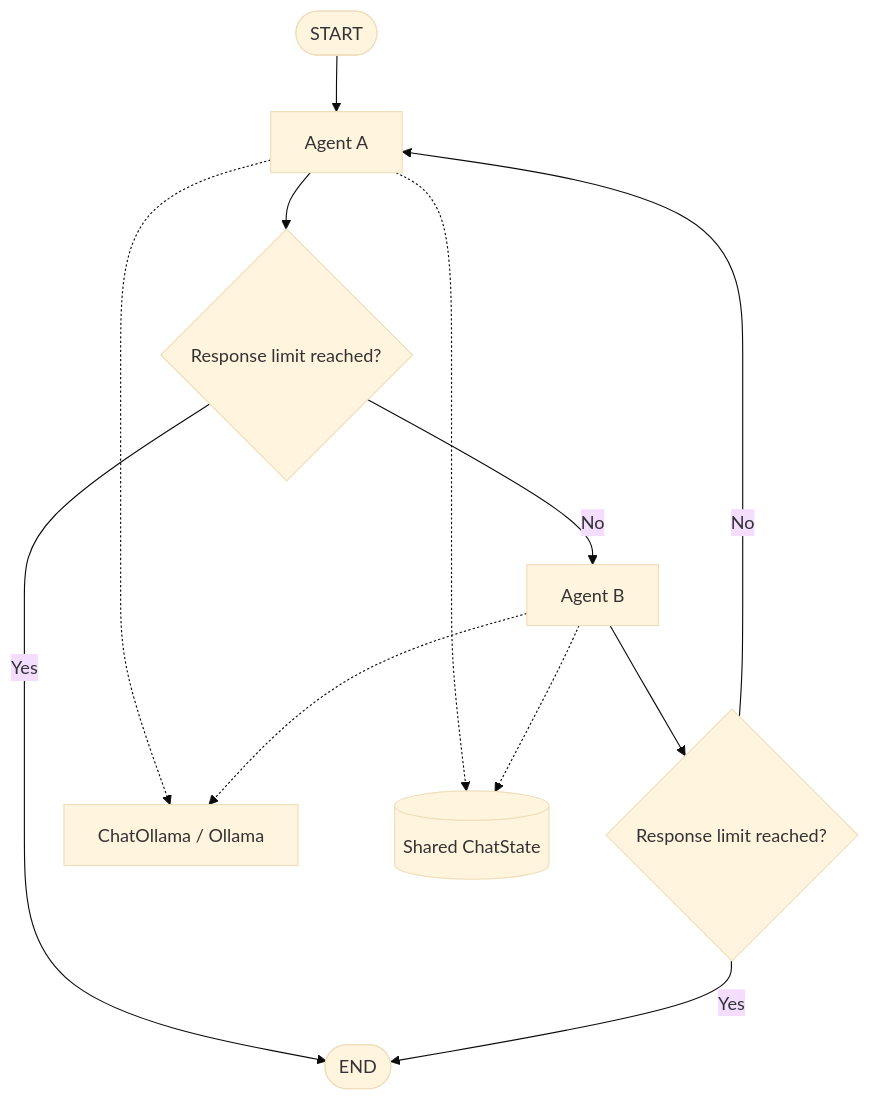
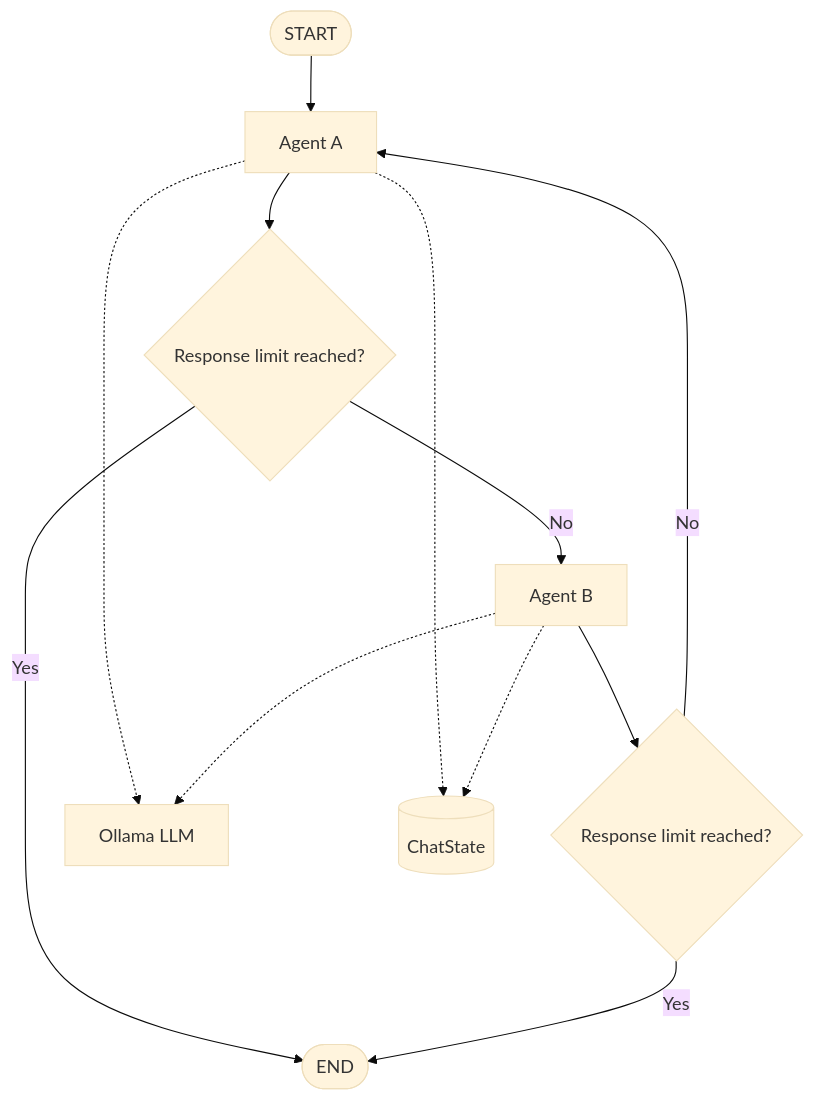
One commit to ltd-ARYAN-pvt/EmoAgent-Lite changed the first of 3 diagrams in README.md. Above: the diagram before and after it, drawn with Mermaid (base theme). The commit also changed other lines of this file, not shown here.

````diff
--- a/README.md
+++ b/README.md
@@ -69,14 +144,14 @@
 ```mermaid
 flowchart TD
     S([START]) --> A[Agent A]
     A --> R1{Response limit reached?}
     R1 -- No --> B[Agent B]
     R1 -- Yes --> E([END])
     B --> R2{Response limit reached?}
     R2 -- No --> A
     R2 -- Yes --> E
-    A -.-> L[ChatOllama / Ollama]
+    A -.-> L[Ollama LLM]
     B -.-> L
-    A -.-> ST[(Shared ChatState)]
+    A -.-> ST[(ChatState)]
     B -.-> ST
 ```
````
